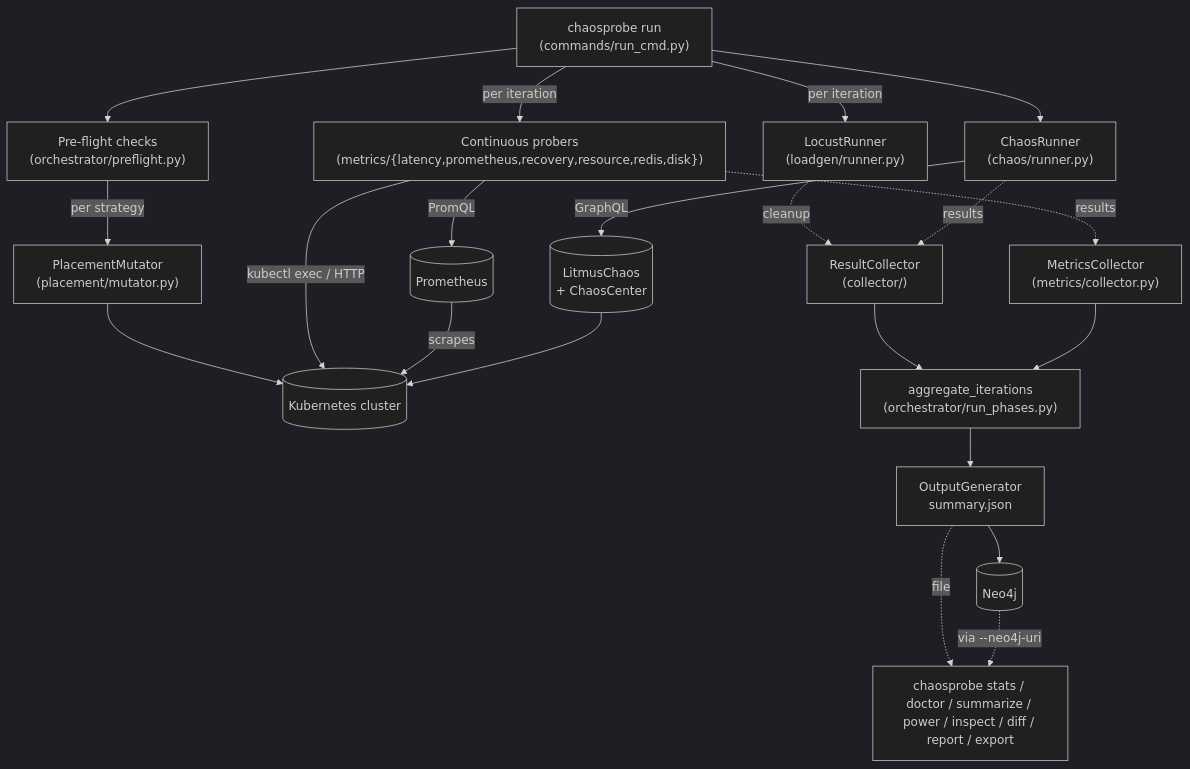
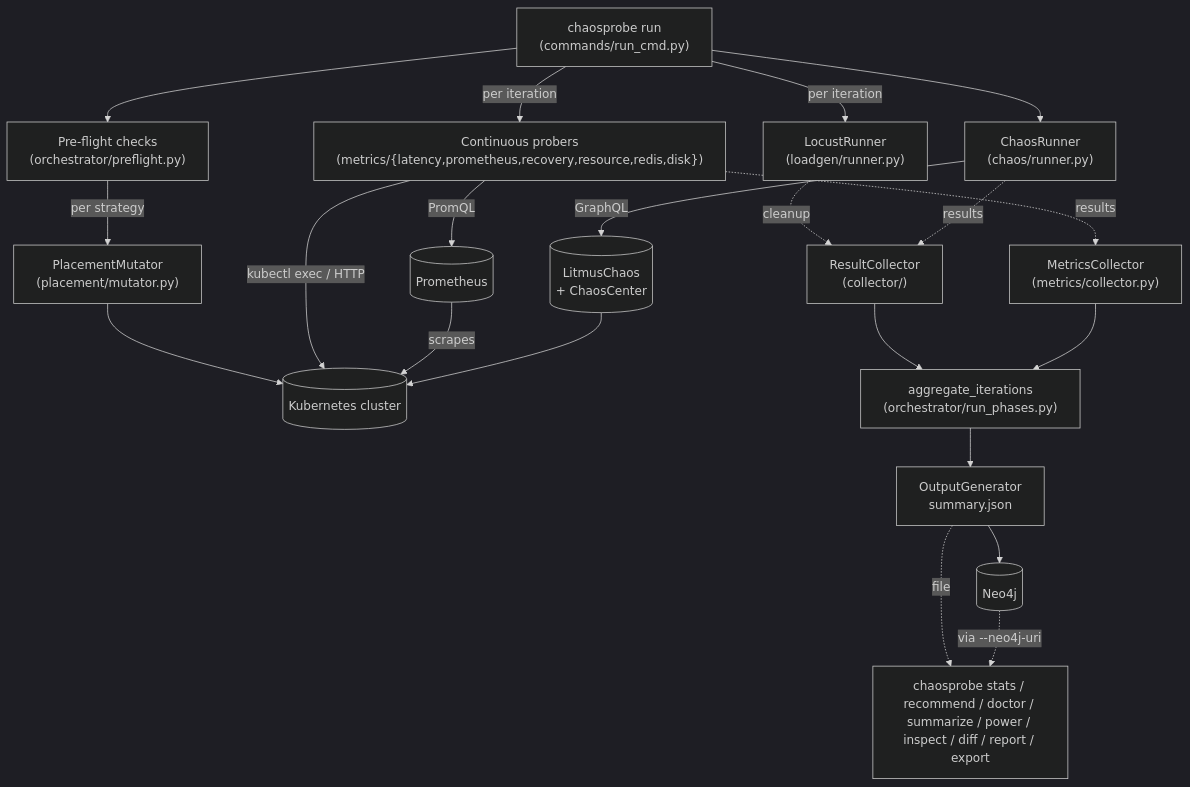
Before and after one commit to yhu02/uva-msc-thesis: the diagram in chaosprobe/TECHNICAL.md, drawn with Mermaid (dark theme). The commit also changed other lines of this file and 5 other files, not shown here.

````diff
--- a/chaosprobe/TECHNICAL.md
+++ b/chaosprobe/TECHNICAL.md
@@ -11,39 +11,39 @@
 ```mermaid
 flowchart TD
     CLI["chaosprobe run<br/>(commands/run_cmd.py)"]
     PF["Pre-flight checks<br/>(orchestrator/preflight.py)"]
     PM["PlacementMutator<br/>(placement/mutator.py)"]
     LR["LocustRunner<br/>(loadgen/runner.py)"]
     PRB["Continuous probers<br/>(metrics/{latency,prometheus,recovery,resource,redis,disk})"]
     CR["ChaosRunner<br/>(chaos/runner.py)"]
     K8s[("Kubernetes cluster")]
     Litmus[("LitmusChaos<br/>+ ChaosCenter")]
     Prom[("Prometheus")]
     RC["ResultCollector<br/>(collector/)"]
     MC["MetricsCollector<br/>(metrics/collector.py)"]
     AGG["aggregate_iterations<br/>(orchestrator/run_phases.py)"]
     OUT["OutputGenerator<br/>summary.json"]
     NEO[("Neo4j")]
-    STATS["chaosprobe stats / doctor / summarize / power / inspect / diff / report / export"]
+    STATS["chaosprobe stats / recommend / doctor / summarize / power / inspect / diff / report / export"]
 
     CLI --> PF
     PF -->|per strategy| PM
     PM --> K8s
     CLI -->|per iteration| LR
     CLI -->|per iteration| PRB
     PRB -->|kubectl exec / HTTP| K8s
     PRB -->|PromQL| Prom
     Prom -->|scrapes| K8s
     CLI --> CR
     CR -->|GraphQL| Litmus
     Litmus --> K8s
     LR -.->|cleanup| RC
     PRB -.->|results| MC
     CR -.->|results| RC
     RC --> AGG
     MC --> AGG
     AGG --> OUT
     OUT --> NEO
     OUT -.->|file| STATS
     NEO -.->|via --neo4j-uri| STATS
 ```
````
